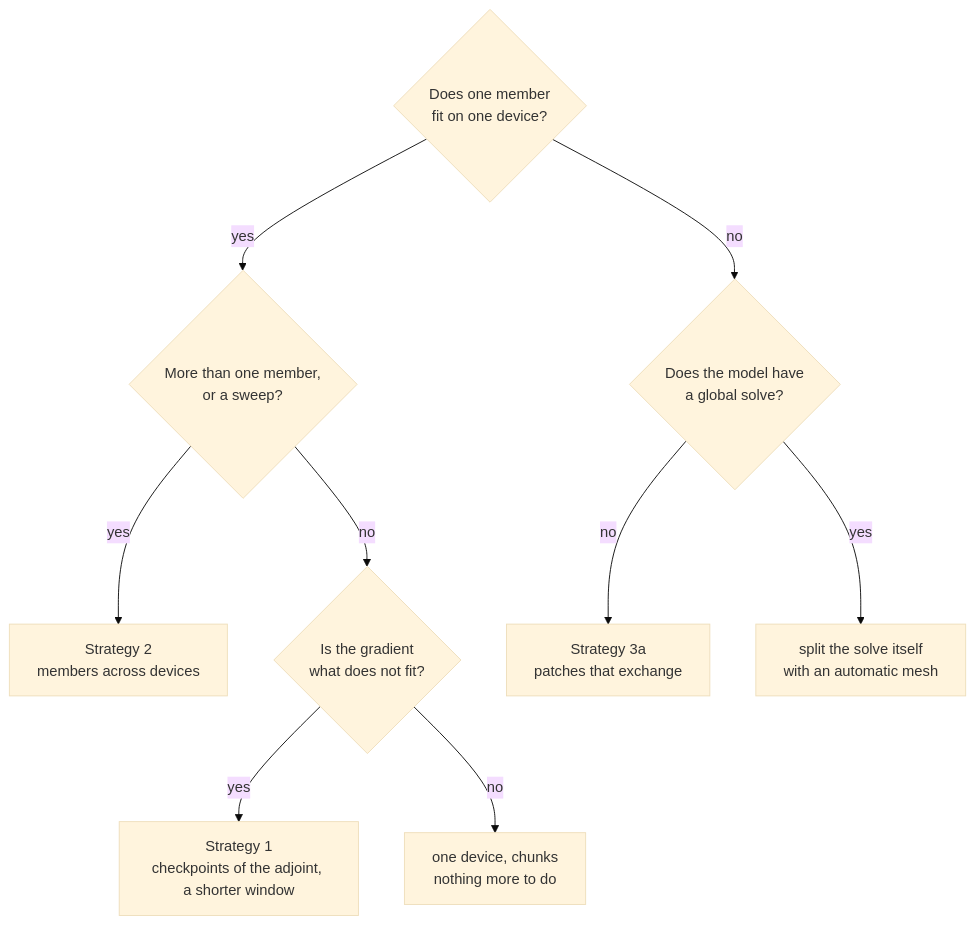
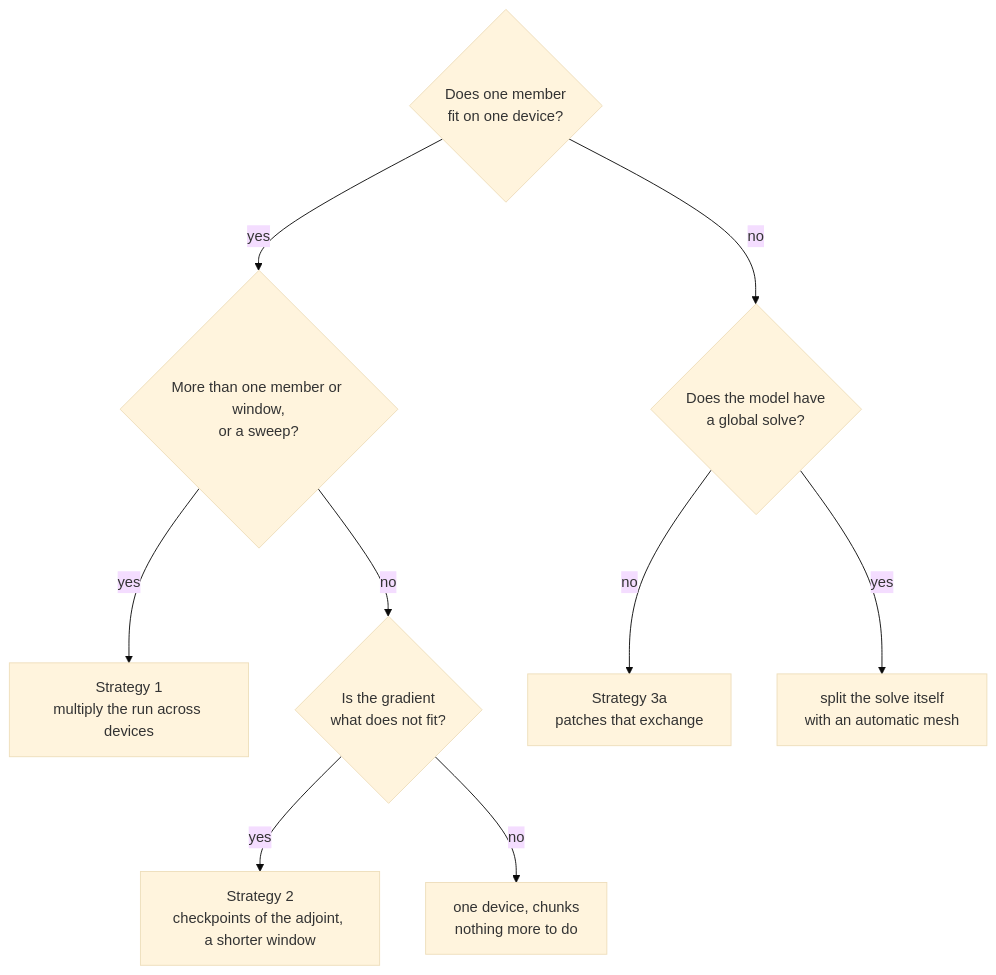
The ninth of 9 diagrams in docs/design/sesmax_scaling.md (jejjohnson/sesmax), drawn with Mermaid (base theme) before and after one commit. The commit also changed other lines of this file, not shown here.

````diff
--- a/docs/design/sesmax_scaling.md
+++ b/docs/design/sesmax_scaling.md
@@ -285,12 +363,12 @@
 ```mermaid
 flowchart TD
     q0{"Does one member<br/>fit on one device?"}
-    q0 -->|yes| q1{"More than one member,<br/>or a sweep?"}
-    q1 -->|yes| s2["Strategy 2<br/>members across devices"]
+    q0 -->|yes| q1{"More than one member or window,<br/>or a sweep?"}
+    q1 -->|yes| s2["Strategy 1<br/>multiply the run across devices"]
     q1 -->|no| q2{"Is the gradient<br/>what does not fit?"}
-    q2 -->|yes| s1["Strategy 1<br/>checkpoints of the adjoint, a shorter window"]
+    q2 -->|yes| s1["Strategy 2<br/>checkpoints of the adjoint, a shorter window"]
     q2 -->|no| s0["one device, chunks<br/>nothing more to do"]
     q0 -->|no| q3{"Does the model have<br/>a global solve?"}
     q3 -->|no| s3["Strategy 3a<br/>patches that exchange"]
     q3 -->|yes| s4["split the solve itself<br/>with an automatic mesh"]
 ```
````
